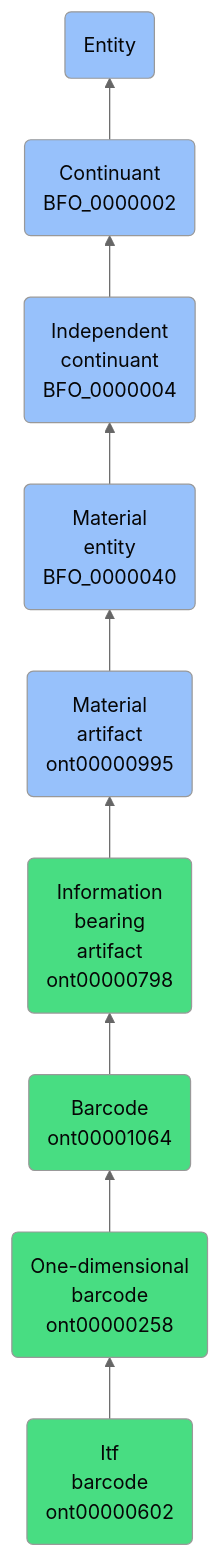
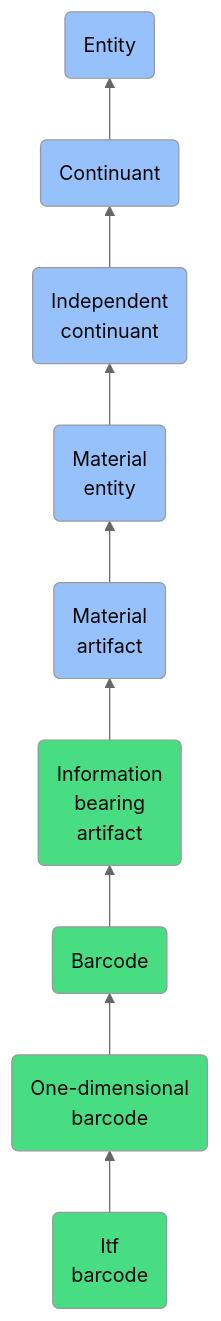
One commit to jupyter-naas/abi changed the diagram in docs/ontology/reference/model/Entity/Continuant/Independent continuant/Material entity/Material artifact/Information bearing artifact/Barcode/One-dimensional barcode/Itf barcode/Itf barcode.md. Above: the diagram before and after it, drawn with Mermaid (neutral theme). The commit also changed other lines of this file and 1430 other files, not shown here.

````diff
--- a/docs/ontology/reference/model/Entity/Continuant/Independent continuant/Material entity/Material artifact/Information bearing artifact/Barcode/One-dimensional barcode/Itf barcode/Itf barcode.md
+++ b/docs/ontology/reference/model/Entity/Continuant/Independent continuant/Material entity/Material artifact/Information bearing artifact/Barcode/One-dimensional barcode/Itf barcode/Itf barcode.md
@@ -24,16 +24,16 @@
 ```mermaid
 graph BT
-    ont00000602(Itf<br>barcode<br>ont00000602):::ABI-->ont00000258
-    ont00000258(One-dimensional<br>barcode<br>ont00000258):::ABI-->ont00001064
-    ont00001064(Barcode<br>ont00001064):::ABI-->ont00000798
-    ont00000798(Information<br>bearing<br>artifact<br>ont00000798):::ABI-->ont00000995
-    ont00000995(Material<br>artifact<br>ont00000995):::BFO-->BFO_0000040
-    BFO_0000040(Material<br>entity<br>BFO_0000040):::BFO-->BFO_0000004
-    BFO_0000004(Independent<br>continuant<br>BFO_0000004):::BFO-->BFO_0000002
-    BFO_0000002(Continuant<br>BFO_0000002):::BFO-->BFO_0000001
+    ont00000602(Itf<br>barcode):::ABI-->ont00000258
+    ont00000258(One-dimensional<br>barcode):::ABI-->ont00001064
+    ont00001064(Barcode):::ABI-->ont00000798
+    ont00000798(Information<br>bearing<br>artifact):::ABI-->ont00000995
+    ont00000995(Material<br>artifact):::BFO-->BFO_0000040
+    BFO_0000040(Material<br>entity):::BFO-->BFO_0000004
+    BFO_0000004(Independent<br>continuant):::BFO-->BFO_0000002
+    BFO_0000002(Continuant):::BFO-->BFO_0000001
     BFO_0000001(Entity):::BFO
     
     classDef BFO fill:#97c1fb,color:#060606
     classDef CCO fill:#e4c51e,color:#060606
     classDef ABI fill:#48DD82,color:#060606
 ```
````
